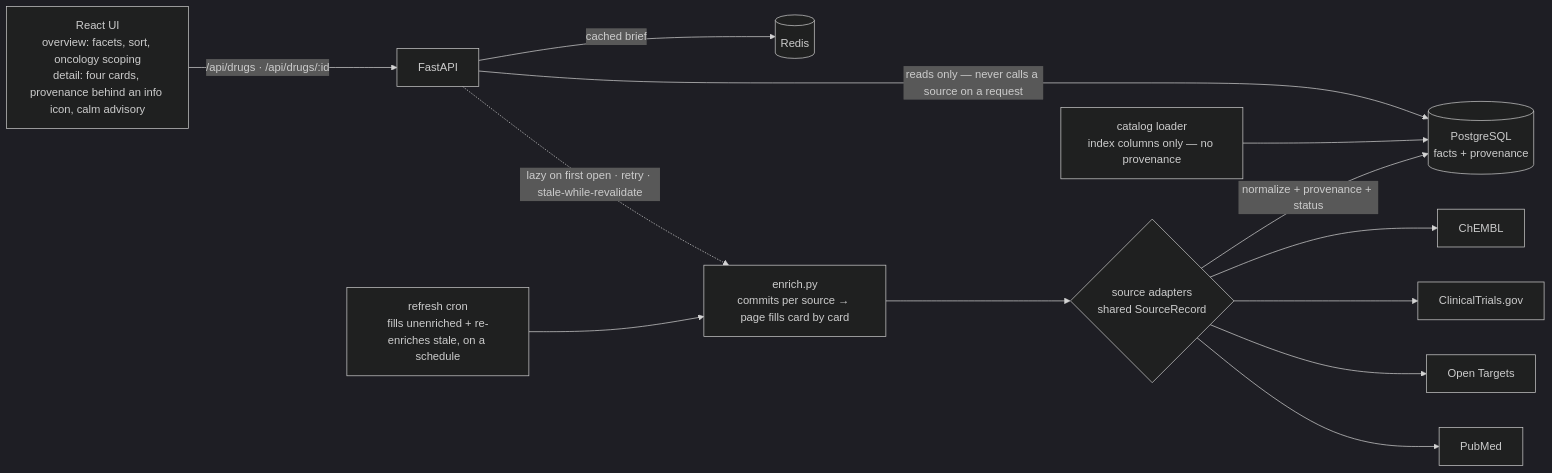
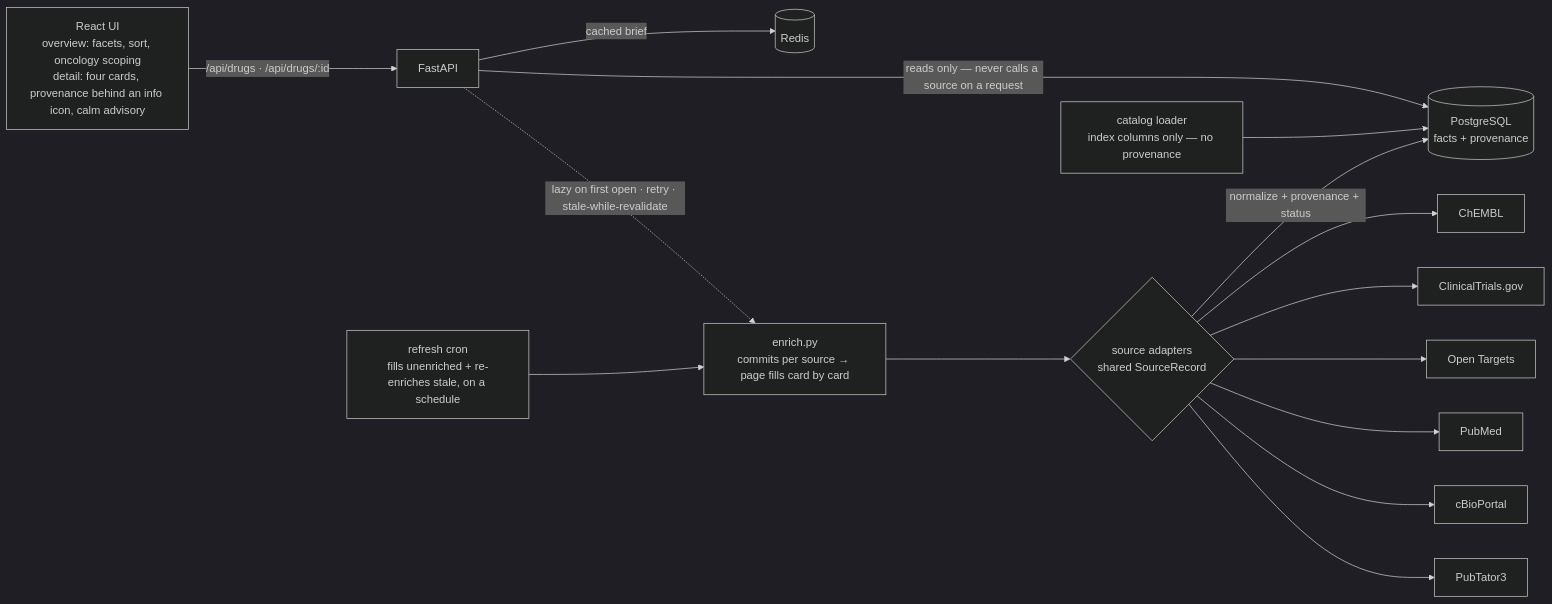
The diagram in README.md (AlsoTheZv3n/h2h-research-v2), drawn with Mermaid (dark theme) before and after one commit. The commit also changed other lines of this file and 3 other files, not shown here.

````diff
--- a/README.md
+++ b/README.md
@@ -191,15 +200,17 @@
 ```mermaid
 flowchart LR
   UI["React UI<br/>overview: facets, sort, oncology scoping<br/>detail: four cards, provenance behind an info icon, calm advisory"] -->|"/api/drugs · /api/drugs/:id"| API[FastAPI]
   API -->|"reads only — never calls a source on a request"| DB[("PostgreSQL<br/>facts + provenance")]
   API -->|cached brief| REDIS[(Redis)]
   API -. "lazy on first open · retry · stale-while-revalidate" .-> ENR["enrich.py<br/>commits per source → page fills card by card"]
   CRON["refresh cron<br/>fills unenriched + re-enriches stale, on a schedule"] --> ENR
   CAT["catalog loader<br/>index columns only — no provenance"] --> DB
   ENR --> AD{"source adapters<br/>shared SourceRecord"}
   AD --> CH[ChEMBL]
   AD --> CT[ClinicalTrials.gov]
   AD --> OT[Open Targets]
   AD --> PM[PubMed]
+  AD --> CB[cBioPortal]
+  AD --> PT[PubTator3]
   AD -->|"normalize + provenance + status"| DB
 ```
````
